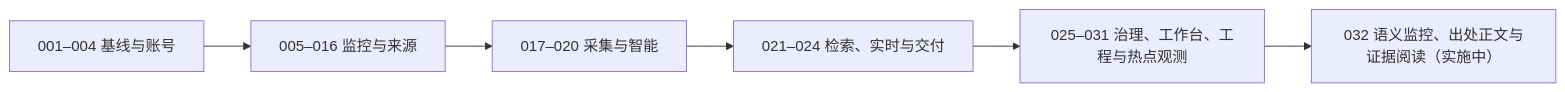
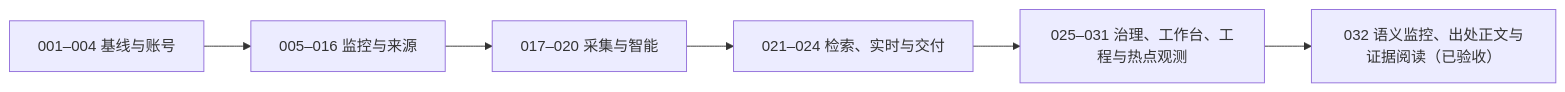
The diagram in docs/README.md (StephenQiu30/Ripplesight), drawn with Mermaid before and after one commit. The commit also changed other lines of this file and 411 other files, not shown here.

````diff
--- a/docs/README.md
+++ b/docs/README.md
@@ -67,8 +67,8 @@
 ```mermaid
 flowchart LR
   A["001–004 基线与账号"] --> B["005–016 监控与来源"]
   B --> C["017–020 采集与智能"]
   C --> D["021–024 检索、实时与交付"]
   D --> E["025–031 治理、工作台、工程与热点观测"]
-  E --> F["032 语义监控、出处正文与证据阅读（实施中）"]
+  E --> F["032 语义监控、出处正文与证据阅读（已验收）"]
 ```
````
